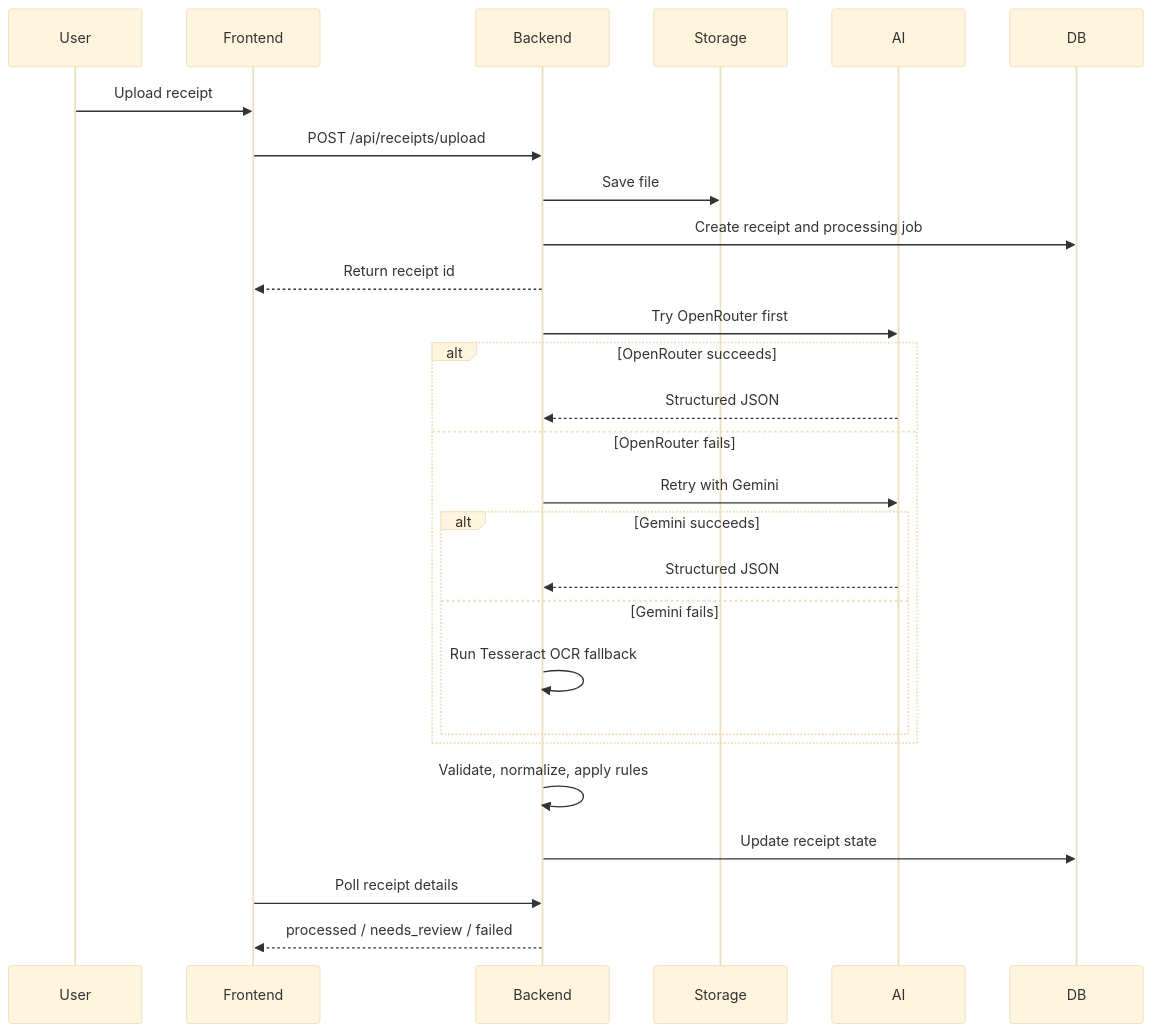
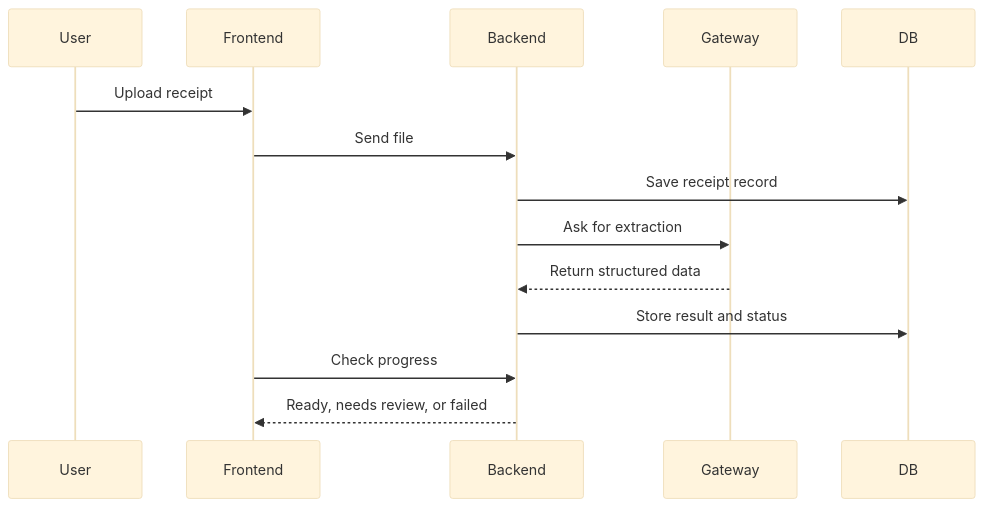
One commit to dushyant4665/receiptmind changed the diagram in README.md. Above: the diagram before and after it, drawn with Mermaid (base theme). The commit also changed other lines of this file and 40 other files, not shown here.

````diff
--- a/README.md
+++ b/README.md
@@ -16,30 +7,17 @@
 ```mermaid
 sequenceDiagram
     participant User
     participant Frontend
     participant Backend
-    participant Storage
-    participant AI
+    participant Gateway
     participant DB
 
     User->>Frontend: Upload receipt
-    Frontend->>Backend: POST /api/receipts/upload
-    Backend->>Storage: Save file
-    Backend->>DB: Create receipt and processing job
-    Backend-->>Frontend: Return receipt id
-    Backend->>AI: Try OpenRouter first
-    alt OpenRouter succeeds
-        AI-->>Backend: Structured JSON
-    else OpenRouter fails
-        Backend->>AI: Retry with Gemini
-        alt Gemini succeeds
-            AI-->>Backend: Structured JSON
-        else Gemini fails
-            Backend->>Backend: Run Tesseract OCR fallback
-        end
-    end
-    Backend->>Backend: Validate, normalize, apply rules
-    Backend->>DB: Update receipt state
-    Frontend->>Backend: Poll receipt details
-    Backend-->>Frontend: processed / needs_review / failed
+    Frontend->>Backend: Send file
+    Backend->>DB: Save receipt record
+    Backend->>Gateway: Ask for extraction
+    Gateway-->>Backend: Return structured data
+    Backend->>DB: Store result and status
+    Frontend->>Backend: Check progress
+    Backend-->>Frontend: Ready, needs review, or failed
 ```
````
